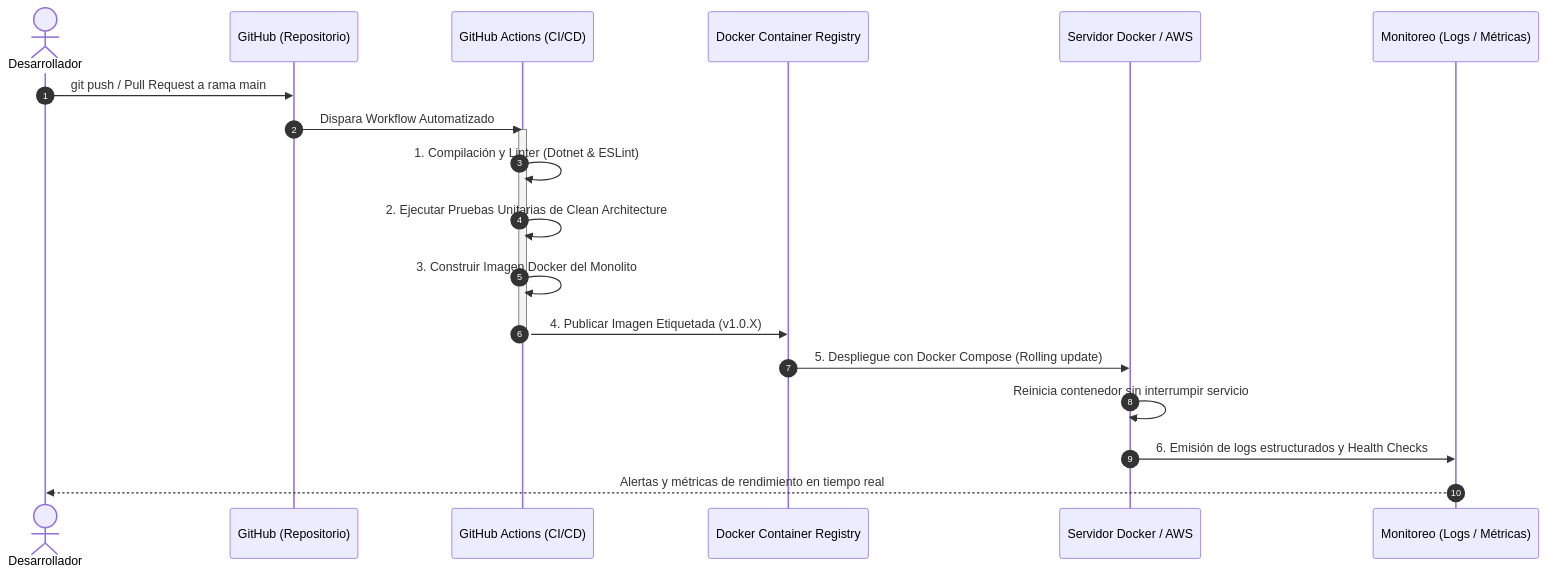
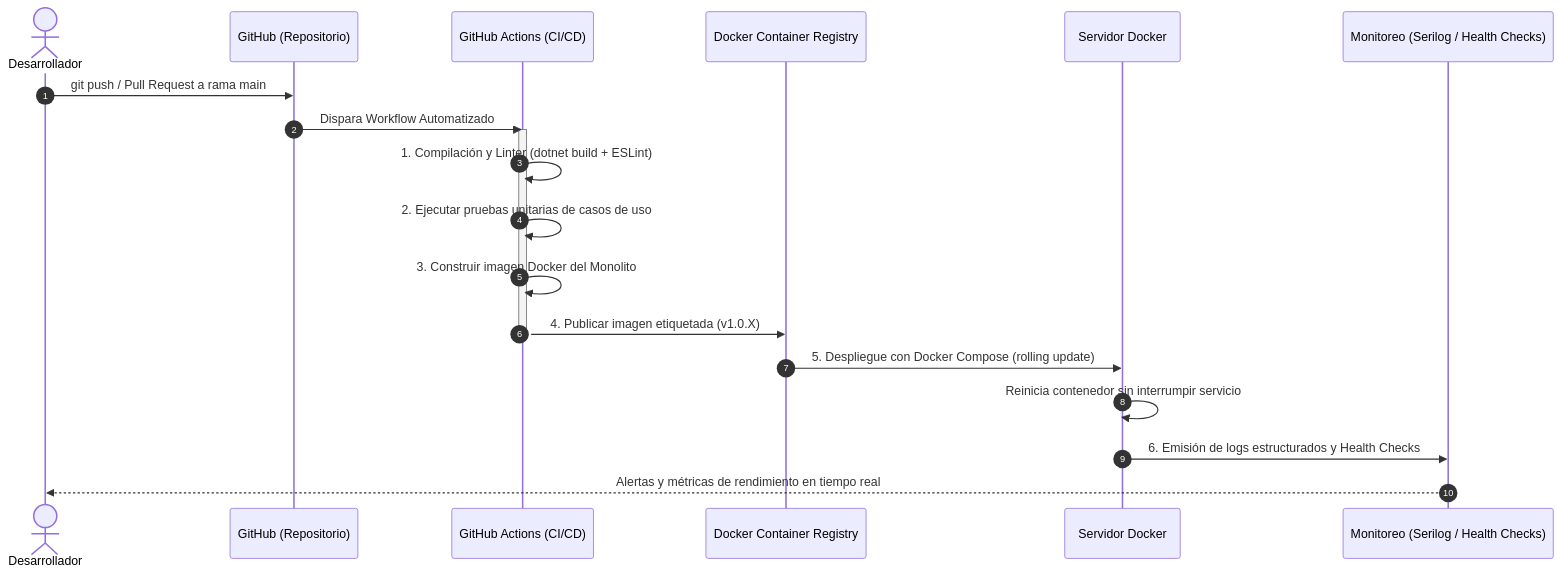
One commit to jos12-prog/transporte-interprovincial-arquitectura changed the third of 3 diagrams in docs/02-arquitectura-software/tecnologias-y-despliegue.md. Above: the diagram before and after it, drawn with Mermaid. The commit also changed other lines of this file and 31 other files, not shown here.

````diff
--- a/docs/02-arquitectura-software/tecnologias-y-despliegue.md
+++ b/docs/02-arquitectura-software/tecnologias-y-despliegue.md
@@ -105,23 +109,23 @@
 ```mermaid
 sequenceDiagram
     autonumber
     actor Dev as Desarrollador
     participant GH as GitHub (Repositorio)
     participant GA as GitHub Actions (CI/CD)
     participant Reg as Docker Container Registry
-    participant Srv as Servidor Docker / AWS
-    participant Mon as Monitoreo (Logs / Métricas)
+    participant Srv as Servidor Docker
+    participant Mon as Monitoreo (Serilog / Health Checks)
 
     Dev->>GH: git push / Pull Request a rama main
     GH->>GA: Dispara Workflow Automatizado
     activate GA
-    GA->>GA: 1. Compilación y Linter (Dotnet & ESLint)
-    GA->>GA: 2. Ejecutar Pruebas Unitarias de Clean Architecture
-    GA->>GA: 3. Construir Imagen Docker del Monolito
-    GA->>Reg: 4. Publicar Imagen Etiquetada (v1.0.X)
+    GA->>GA: 1. Compilación y Linter (dotnet build + ESLint)
+    GA->>GA: 2. Ejecutar pruebas unitarias de casos de uso
+    GA->>GA: 3. Construir imagen Docker del Monolito
+    GA->>Reg: 4. Publicar imagen etiquetada (v1.0.X)
     deactivate GA
-    Reg->>Srv: 5. Despliegue con Docker Compose (Rolling update)
+    Reg->>Srv: 5. Despliegue con Docker Compose (rolling update)
     Srv->>Srv: Reinicia contenedor sin interrumpir servicio
     Srv->>Mon: 6. Emisión de logs estructurados y Health Checks
     Mon-->>Dev: Alertas y métricas de rendimiento en tiempo real
 ```
````
